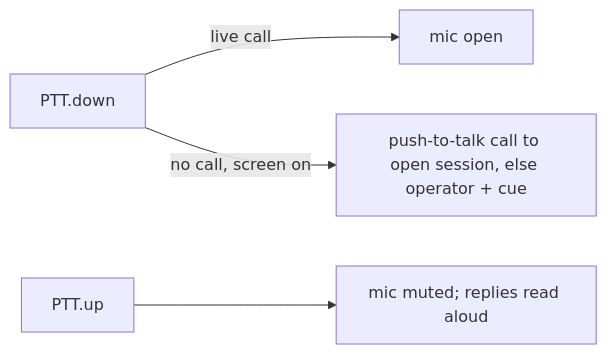
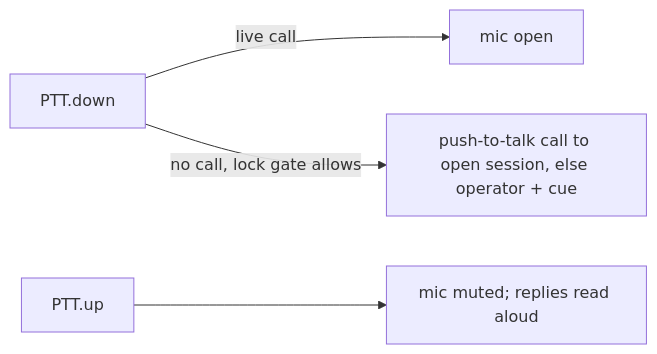
One commit to PetePeter/helm changed diagram 11 of 15 in docs/voice-operator.md. Above: the diagram before and after it, drawn with Mermaid. The commit also changed other lines of this file and 5 other files, not shown here.

First line of the commit message:
feat(mobile): AI Key call over the lock screen, unlock prompt, press stops read-out

````diff
--- a/docs/voice-operator.md
+++ b/docs/voice-operator.md
@@ -517,6 +517,6 @@
 ```mermaid
 flowchart LR
     D[PTT.down] -->|live call| H[mic open]
-    D -->|no call, screen on| S[push-to-talk call to open session, else operator + cue]
+    D -->|no call, lock gate allows| S[push-to-talk call to open session, else operator + cue]
     U[PTT.up] --> M[mic muted; replies read aloud]
 ```
````
